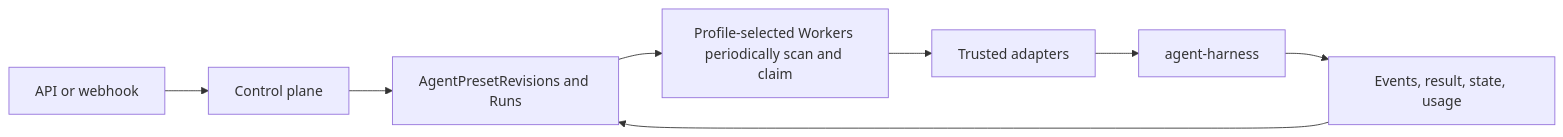
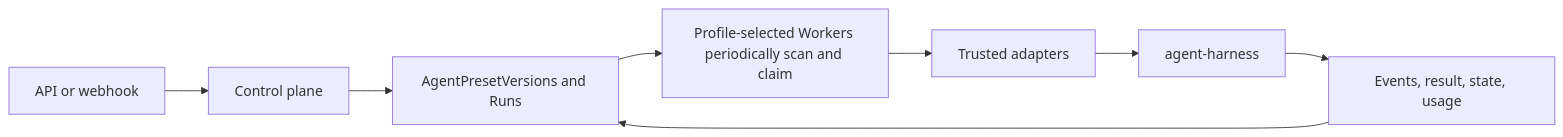
Before and after one commit to LTThreeComma/agent-foundation: the second of 4 diagrams in spec/README.md, drawn with Mermaid. The commit also changed other lines of this file and 125 other files, not shown here.

````diff
--- a/spec/README.md
+++ b/spec/README.md
@@ -207,10 +206,10 @@
 ```mermaid
 flowchart LR
     Ingress[API or webhook] --> Control[Control plane]
-    Control --> Durable[AgentPresetRevisions and Runs]
+    Control --> Durable[AgentPresetVersions and Runs]
     Durable --> Worker[Profile-selected Workers periodically scan and claim]
     Worker --> Reconstruct[Trusted adapters]
     Reconstruct --> Harness[agent-harness]
     Harness --> Candidate[Events, result, state, usage]
     Candidate --> Durable
 ```
````
